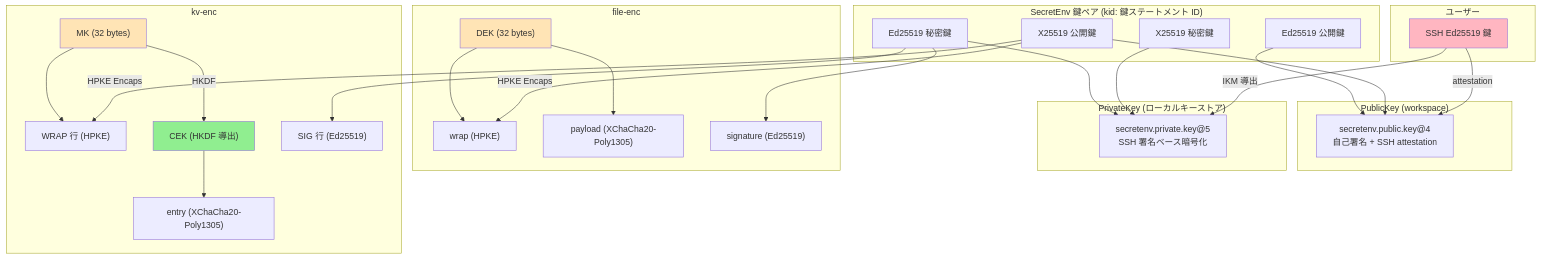
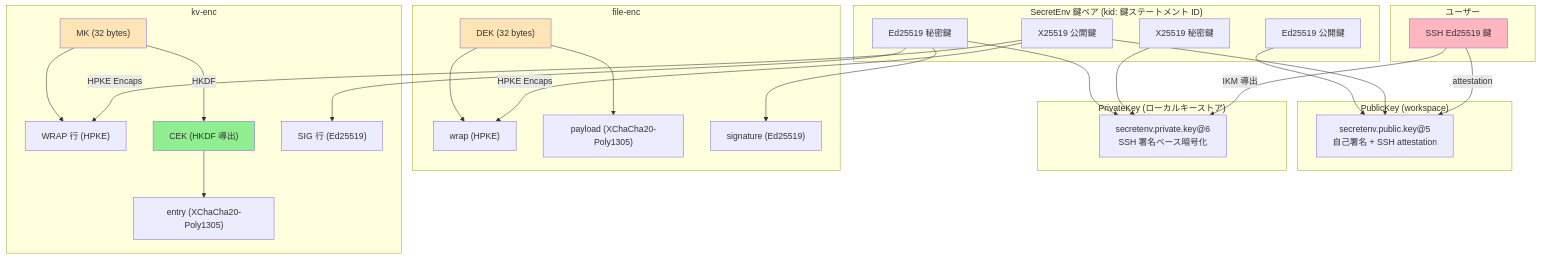
The sixth of 6 diagrams in guides/security_design_ja.md (ebisawa/kapsaro), drawn with Mermaid before and after one commit. The commit also changed other lines of this file and 342 other files, not shown here.

First line of the commit message:
refactor: rename member identifiers to handles and bump schema to v4

````diff
--- a/guides/security_design_ja.md
+++ b/guides/security_design_ja.md
@@ -1595,59 +1595,59 @@
 ```mermaid
 graph TB
     subgraph user["ユーザー"]
         SSH["SSH Ed25519 鍵"]
     end
 
     subgraph secretenv_keys["SecretEnv 鍵ペア (kid: 鍵ステートメント ID)"]
         KEM_PK["X25519 公開鍵"]
         KEM_SK["X25519 秘密鍵"]
         SIG_PK["Ed25519 公開鍵"]
         SIG_SK["Ed25519 秘密鍵"]
     end
 
     subgraph public_key["PublicKey (workspace)"]
-        PK_DOC["secretenv.public.key@4<br/>自己署名 + SSH attestation"]
+        PK_DOC["secretenv.public.key@5<br/>自己署名 + SSH attestation"]
     end
 
     subgraph private_key["PrivateKey (ローカルキーストア)"]
-        PK_ENC["secretenv.private.key@5<br/>SSH 署名ベース暗号化"]
+        PK_ENC["secretenv.private.key@6<br/>SSH 署名ベース暗号化"]
     end
 
     subgraph file_enc["file-enc"]
         DEK["DEK (32 bytes)"]
         FILE_WRAP["wrap (HPKE)"]
         FILE_PAYLOAD["payload (XChaCha20-Poly1305)"]
         FILE_SIG["signature (Ed25519)"]
     end
 
     subgraph kv_enc["kv-enc"]
         MK["MK (32 bytes)"]
         KV_WRAP["WRAP 行 (HPKE)"]
         CEK["CEK (HKDF 導出)"]
         ENTRY["entry (XChaCha20-Poly1305)"]
         KV_SIG["SIG 行 (Ed25519)"]
     end
 
     SSH -->|attestation| PK_DOC
     SSH -->|IKM 導出| PK_ENC
     KEM_PK --> PK_DOC
     SIG_PK --> PK_DOC
     KEM_SK --> PK_ENC
     SIG_SK --> PK_ENC
 
     KEM_PK -->|HPKE Encaps| FILE_WRAP
     KEM_PK -->|HPKE Encaps| KV_WRAP
     DEK --> FILE_WRAP
     DEK --> FILE_PAYLOAD
     SIG_SK --> FILE_SIG
 
     MK --> KV_WRAP
     MK -->|HKDF| CEK
     CEK --> ENTRY
     SIG_SK --> KV_SIG
 
     style SSH fill:#FFB6C1
     style DEK fill:#FFE4B5
     style MK fill:#FFE4B5
     style CEK fill:#90EE90
 ```
````
